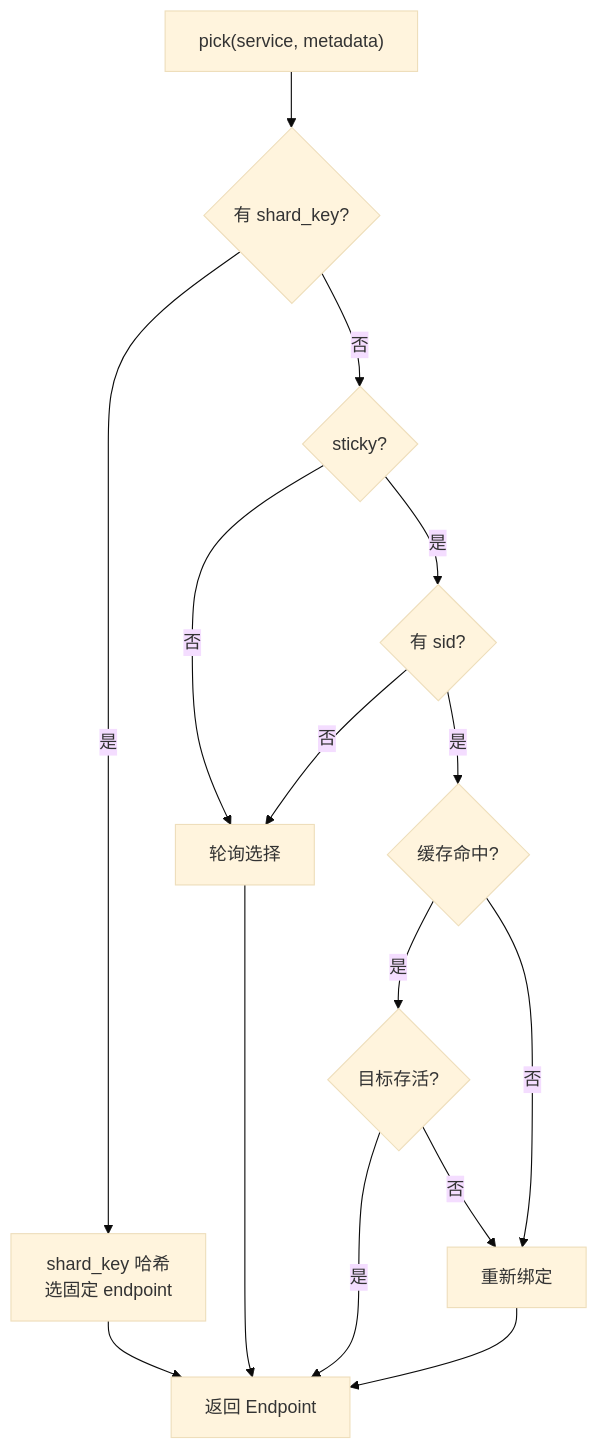
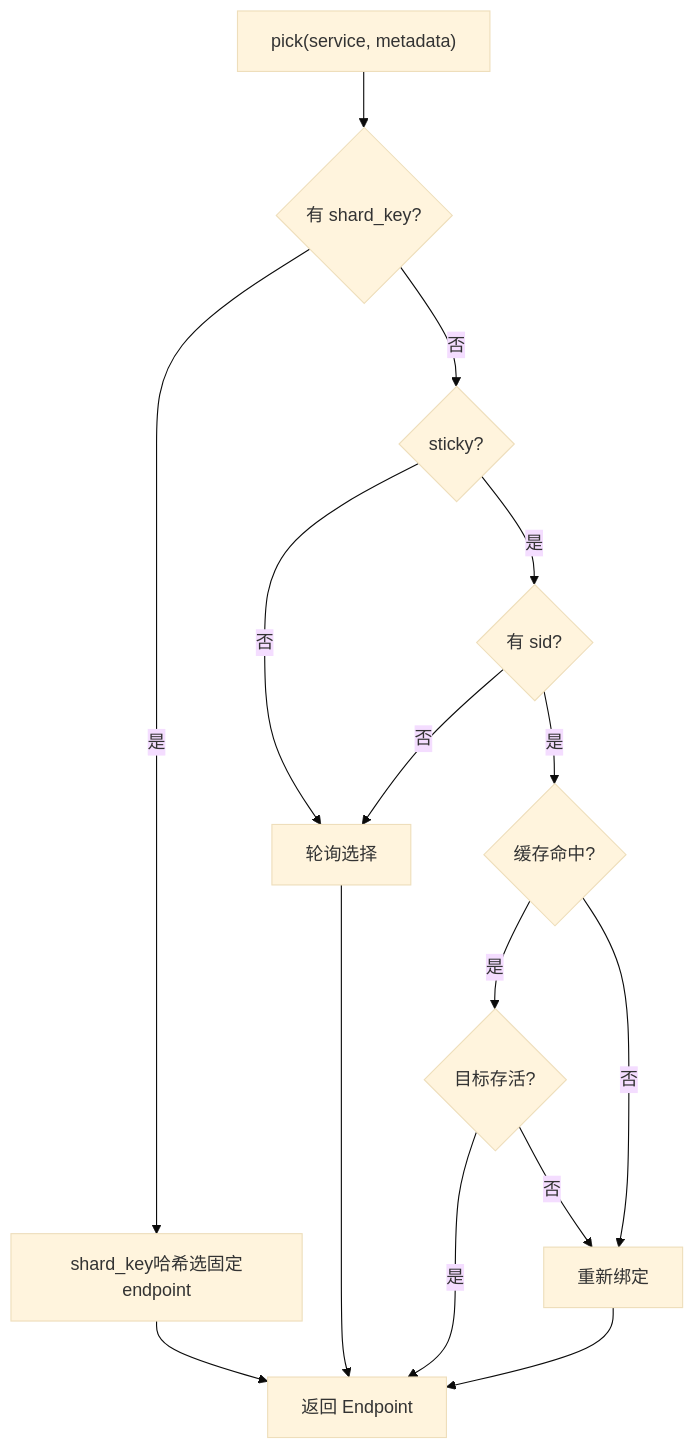
One commit to arrayforward/creek changed the seventh of 9 diagrams in docs/architecture.md. Above: the diagram before and after it, drawn with Mermaid (base theme). The commit also changed other lines of this file and 2 other files, not shown here.

First line of the commit message:
fix: remove mermaid br tags causing GitHub render failure

````diff
--- a/docs/architecture.md
+++ b/docs/architecture.md
@@ -351,28 +331,28 @@
 ```mermaid
 graph TD
     PICK["pick(service, metadata)"]
-    SHARD{有 shard_key?}
-    HASH["shard_key 哈希<br/>选固定 endpoint"]
-    STICKY{sticky?}
-    HAS_SID{有 sid?}
-    CACHED{缓存命中?}
-    ALIVE{目标存活?}
+    SHARD{"有 shard_key?"}
+    HASH["shard_key哈希选固定endpoint"]
+    STICKY{"sticky?"}
+    HAS_SID{"有 sid?"}
+    CACHED{"缓存命中?"}
+    ALIVE{"目标存活?"}
     RR[轮询选择]
     REBIND[重新绑定]
     RET[返回 Endpoint]
 
     PICK --> SHARD
     SHARD -->|是| HASH
     SHARD -->|否| STICKY
     HASH --> RET
     STICKY -->|否| RR
     STICKY -->|是| HAS_SID
     HAS_SID -->|否| RR
     HAS_SID -->|是| CACHED
     CACHED -->|是| ALIVE
     CACHED -->|否| REBIND
     ALIVE -->|是| RET
     ALIVE -->|否| REBIND
     RR --> RET
     REBIND --> RET
 ```
````
